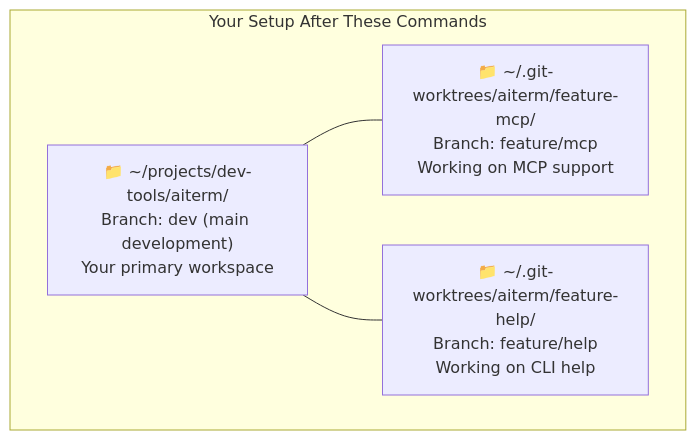
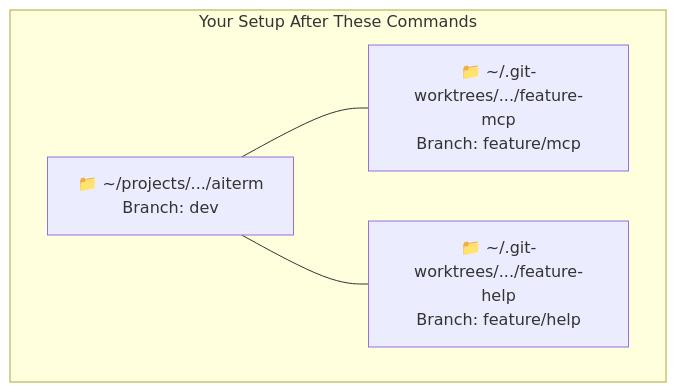
Before and after one commit to Data-Wise/iterm2-context-switcher: the first of 26 diagrams in docs/guides/GIT-WORKTREES-GUIDE.md, drawn with Mermaid. The commit also changed other lines of this file, not shown here.

First line of the commit message:
fix: shorten Mermaid diagram text to prevent overflow

````diff
--- a/docs/guides/GIT-WORKTREES-GUIDE.md
+++ b/docs/guides/GIT-WORKTREES-GUIDE.md
@@ -39,13 +39,13 @@
 ```mermaid
 graph TD
     subgraph RESULT["Your Setup After These Commands"]
-        M["📁 ~/projects/dev-tools/aiterm/<br/>Branch: dev (main development)<br/>Your primary workspace"]
+        M["📁 ~/projects/.../aiterm<br/>Branch: dev"]
 
-        A["📁 ~/.git-worktrees/aiterm/feature-mcp/<br/>Branch: feature/mcp<br/>Working on MCP support"]
+        A["📁 ~/.git-worktrees/.../feature-mcp<br/>Branch: feature/mcp"]
 
-        B["📁 ~/.git-worktrees/aiterm/feature-help/<br/>Branch: feature/help<br/>Working on CLI help"]
+        B["📁 ~/.git-worktrees/.../feature-help<br/>Branch: feature/help"]
     end
 
     M --- A
     M --- B
 ```
````
